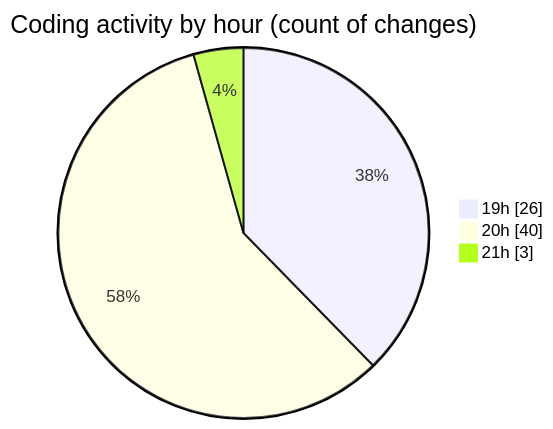
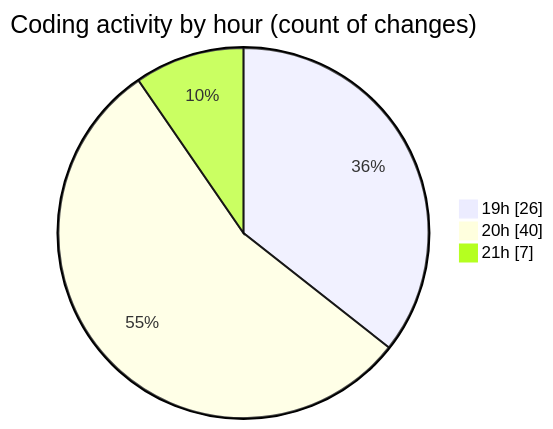
One commit to Ritupan-Deka/code-tracking changed the second of 2 diagrams in 2025-08-24/javascript/README.md. Above: the diagram before and after it, drawn with Mermaid. The commit also changed other lines of this file and 1 other file, not shown here.

````diff
--- a/2025-08-24/javascript/README.md
+++ b/2025-08-24/javascript/README.md
@@ -32,7 +32,7 @@
 ```mermaid
 pie showData
 title Coding activity by hour (count of changes)
 "19h" : 26
 "20h" : 40
-"21h" : 3
+"21h" : 7
 ```
````
